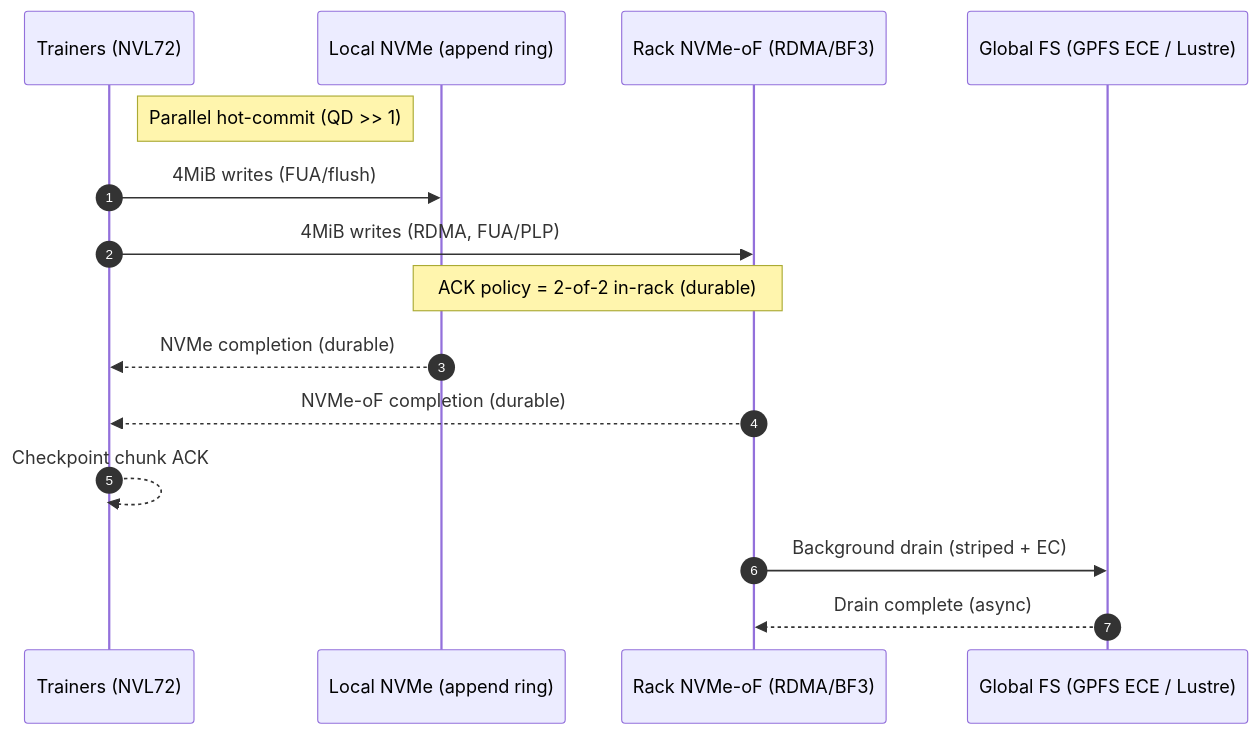
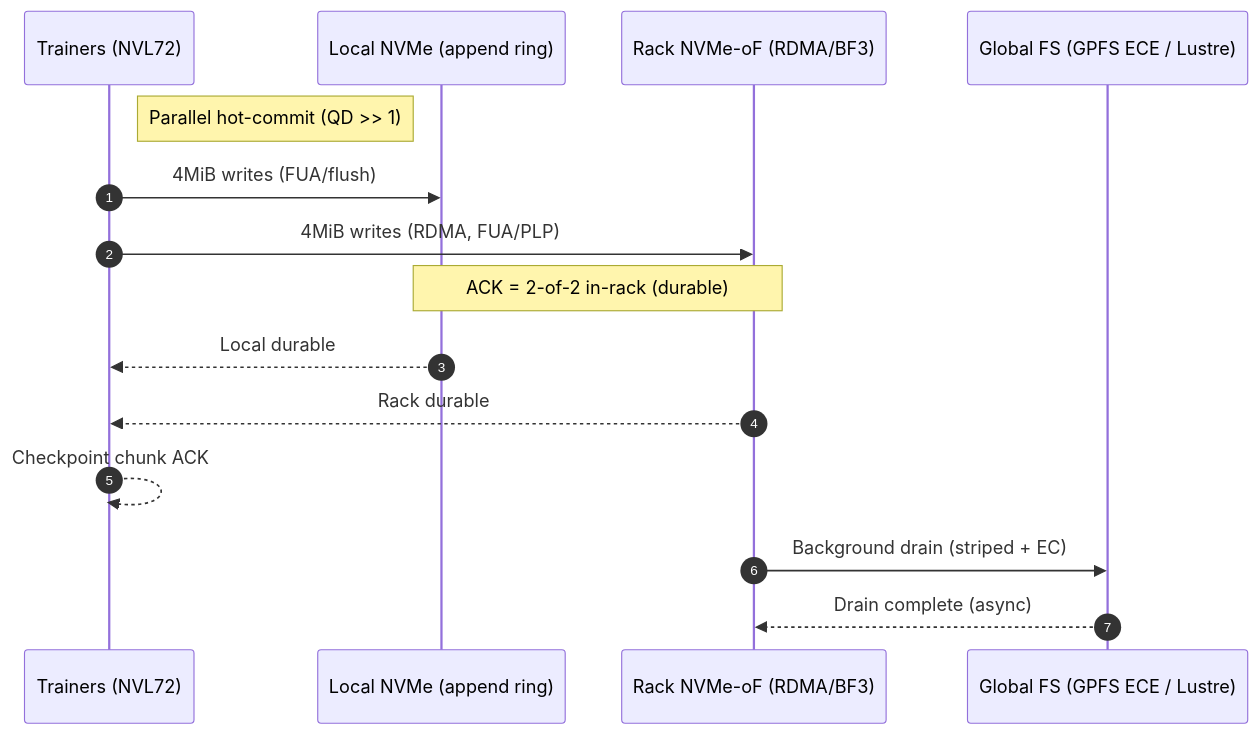
The second of 5 diagrams in README.md (noelashford/Storage-Solution), drawn with Mermaid before and after one commit. The commit also changed other lines of this file, not shown here.

````diff
--- a/README.md
+++ b/README.md
@@ -113,19 +142,19 @@
 ```mermaid
 sequenceDiagram
   autonumber
   participant GPU as Trainers (NVL72)
   participant L as Local NVMe (append ring)
   participant R as Rack NVMe-oF (RDMA/BF3)
   participant FS as Global FS (GPFS ECE / Lustre)
 
   Note right of GPU: Parallel hot-commit (QD >> 1)
   GPU->>L: 4MiB writes (FUA/flush)
   GPU->>R: 4MiB writes (RDMA, FUA/PLP)
-  Note over L,R: ACK policy = 2-of-2 in-rack (durable)
-  L-->>GPU: NVMe completion (durable)
-  R-->>GPU: NVMe-oF completion (durable)
+  Note over L,R: ACK = 2-of-2 in-rack (durable)
+  L-->>GPU: Local durable
+  R-->>GPU: Rack durable
   GPU-->>GPU: Checkpoint chunk ACK
 
   R->>FS: Background drain (striped + EC)
   FS-->>R: Drain complete (async)
 ```
````
